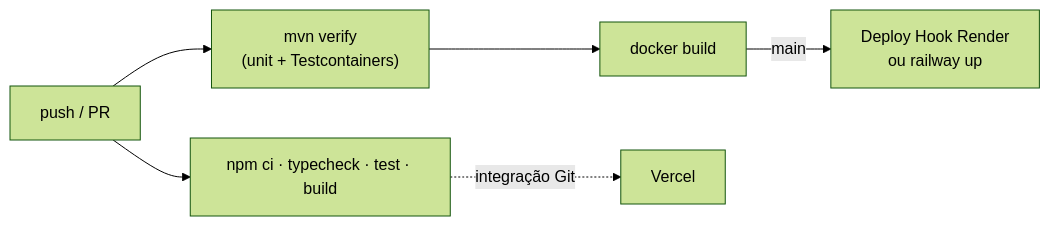
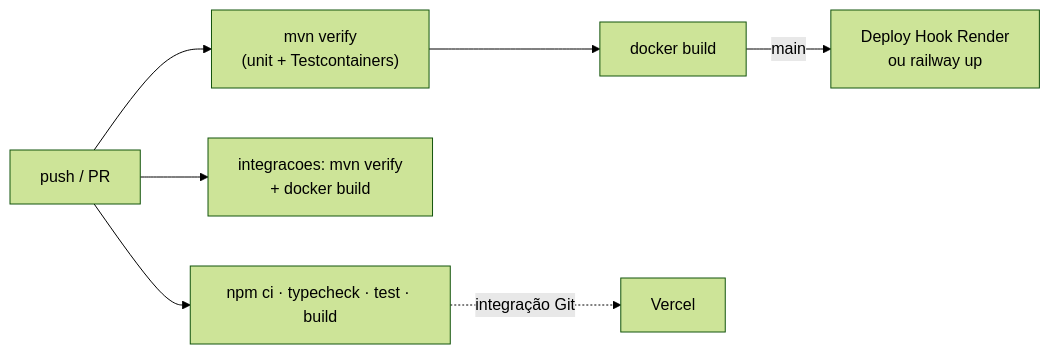
The fifth of 5 diagrams in README.md (leonardobarrosx/motor-transferencias), drawn with Mermaid (forest theme) before and after one commit. The commit also changed other lines of this file and 46 other files, not shown here.

````diff
--- a/README.md
+++ b/README.md
@@ -376,8 +458,9 @@
 ```mermaid
 flowchart LR
     PR["push / PR"] --> T["mvn verify<br/>(unit + Testcontainers)"]
+    PR --> TI["integracoes: mvn verify<br/>+ docker build"]
     T --> I["docker build"]
     I -- "main" --> D["Deploy Hook Render<br/>ou railway up"]
     PR --> F["npm ci · typecheck · test · build"]
     F -. "integração Git" .-> V["Vercel"]
 ```
````
